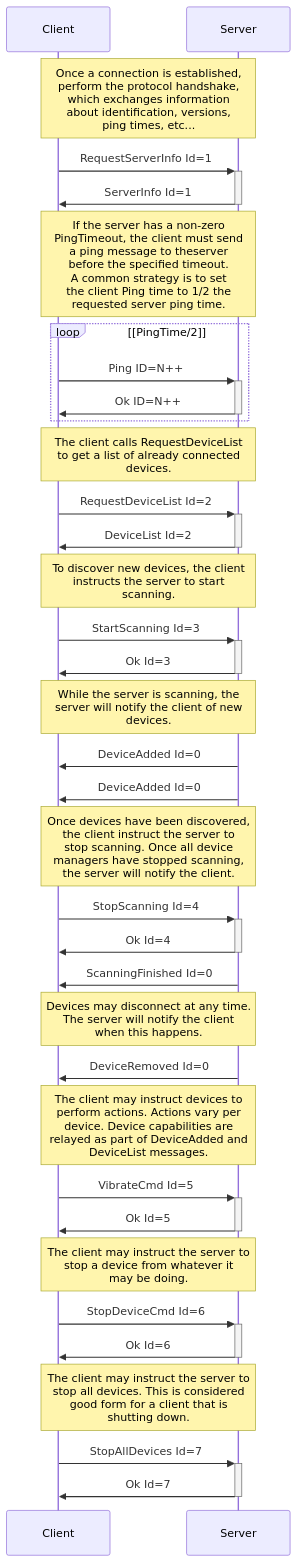
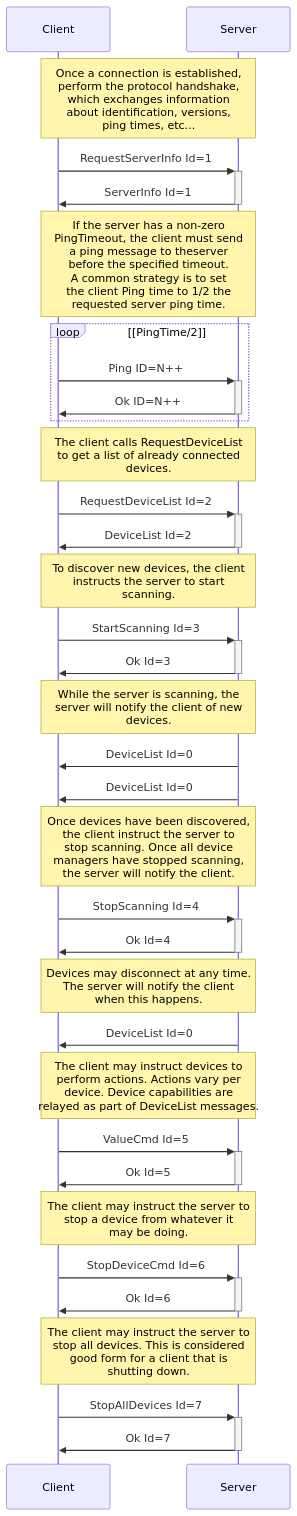
Before and after one commit to buttplugio/docs.buttplug.io: the diagram in docs/spec/architecture.md, drawn with Mermaid. The commit also changed other lines of this file and 1 other file, not shown here.

Commit message:
Continue updates for v4 Changelog

````diff
--- a/docs/spec/architecture.md
+++ b/docs/spec/architecture.md
@@ -93,47 +94,46 @@
 ```mermaid
 sequenceDiagram
   Participant Client
   Participant Server
 
   Note over Client,Server: Once a connection is established,<br/> perform the protocol handshake,<br/>which exchanges information<br/>about identification, versions,<br/>ping times, etc...
   Client->>+Server: RequestServerInfo Id=1
   Server->>-Client: ServerInfo Id=1
 
   Note over Client,Server: If the server has a non-zero<br/>PingTimeout, the client must send<br/>a ping message to theserver<br/>before the specified timeout.<br/>A common strategy is to set<br/>the client Ping time to 1/2 the<br/>requested server ping time.
   loop [PingTime/2]
     Client->>+Server: Ping ID=N++
     Server->>-Client: Ok ID=N++
   end
 
   Note over Client,Server: The client calls RequestDeviceList<br/>to get a list of already connected<br/>devices.
   Client->>+Server: RequestDeviceList Id=2
   Server->>-Client: DeviceList Id=2
   
   Note over Client,Server: To discover new devices, the client<br/>instructs the server to start<br/>scanning.
   Client->>+Server: StartScanning Id=3
   Server->>-Client: Ok Id=3
   
   Note over Client,Server: While the server is scanning, the<br/>server will notify the client of new<br/>devices.
-  Server->>Client: DeviceAdded Id=0
-  Server->>Client: DeviceAdded Id=0
+  Server->>Client: DeviceList Id=0
+  Server->>Client: DeviceList Id=0
   
   Note over Client,Server: Once devices have been discovered,<br/> the client instruct the server to<br/> stop scanning. Once all device<br/>managers have stopped scanning,<br/>the server will notify the client.
   Client->>+Server: StopScanning Id=4
   Server->>-Client: Ok Id=4
-  Server->>Client: ScanningFinished Id=0
   
   Note over Client,Server: Devices may disconnect at any time.<br/>The server will notify the client<br/>when this happens.
-  Server->>Client: DeviceRemoved Id=0
+  Server->>Client: DeviceList Id=0
   
-  Note over Client,Server: The client may instruct devices to<br/>perform actions. Actions vary per<br/>device. Device capabilities are<br/>relayed as part of DeviceAdded and<br/>DeviceList messages.
-  Client->>+Server: VibrateCmd Id=5
+  Note over Client,Server: The client may instruct devices to<br/>perform actions. Actions vary per<br/>device. Device capabilities are<br/>relayed as part of DeviceList messages.
+  Client->>+Server: ValueCmd Id=5
   Server->>-Client: Ok Id=5
   
   Note over Client,Server: The client may instruct the server to<br/>stop a device from whatever it<br/>may be doing.
   Client->>+Server: StopDeviceCmd Id=6
   Server->>-Client: Ok Id=6
   
   Note over Client,Server: The client may instruct the server to<br/>stop all devices. This is considered<br/> good form for a client that is<br/>shutting down.
   Client->>+Server: StopAllDevices Id=7
   Server->>-Client: Ok Id=7
 ```
````
